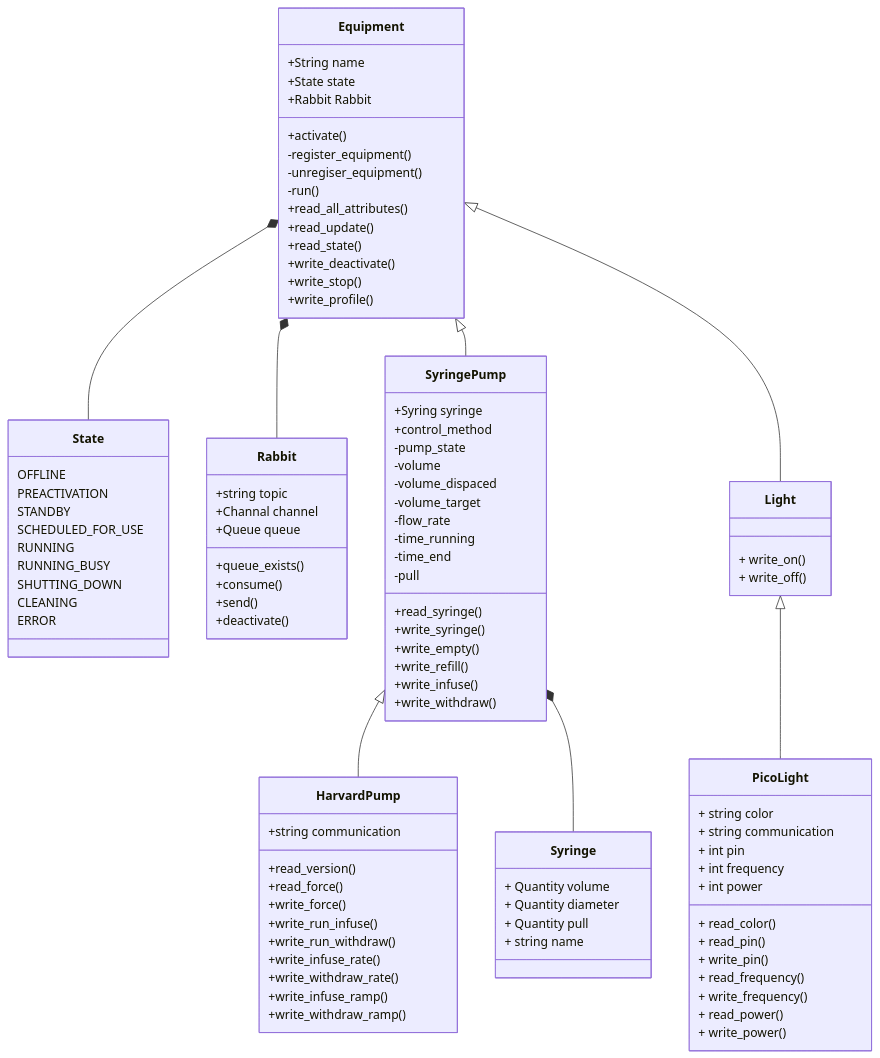
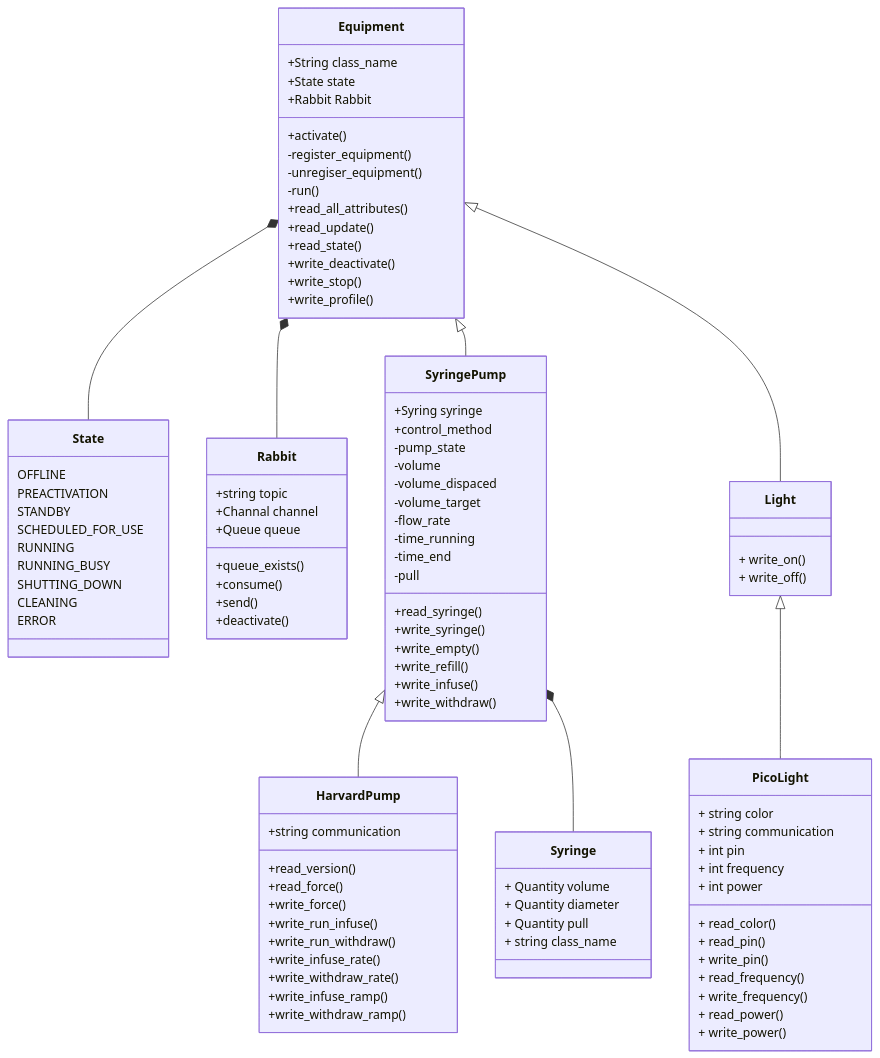
One commit to dylanwal/ChemBot changed the diagram in chembot/equipment/README.md. Above: the diagram before and after it, drawn with Mermaid. The commit also changed 35 other files, not shown here.

```diff
--- a/chembot/equipment/README.md
+++ b/chembot/equipment/README.md
@@ -43,7 +43,7 @@
     }
 
     class Equipment{
-      +String name
+      +String class_name
       +State state
       +Rabbit Rabbit
 
@@ -63,7 +63,7 @@
         + Quantity volume
         + Quantity diameter
         + Quantity pull
-        + string name 
+        + string class_name 
     }
 
     class SyringePump{
```
